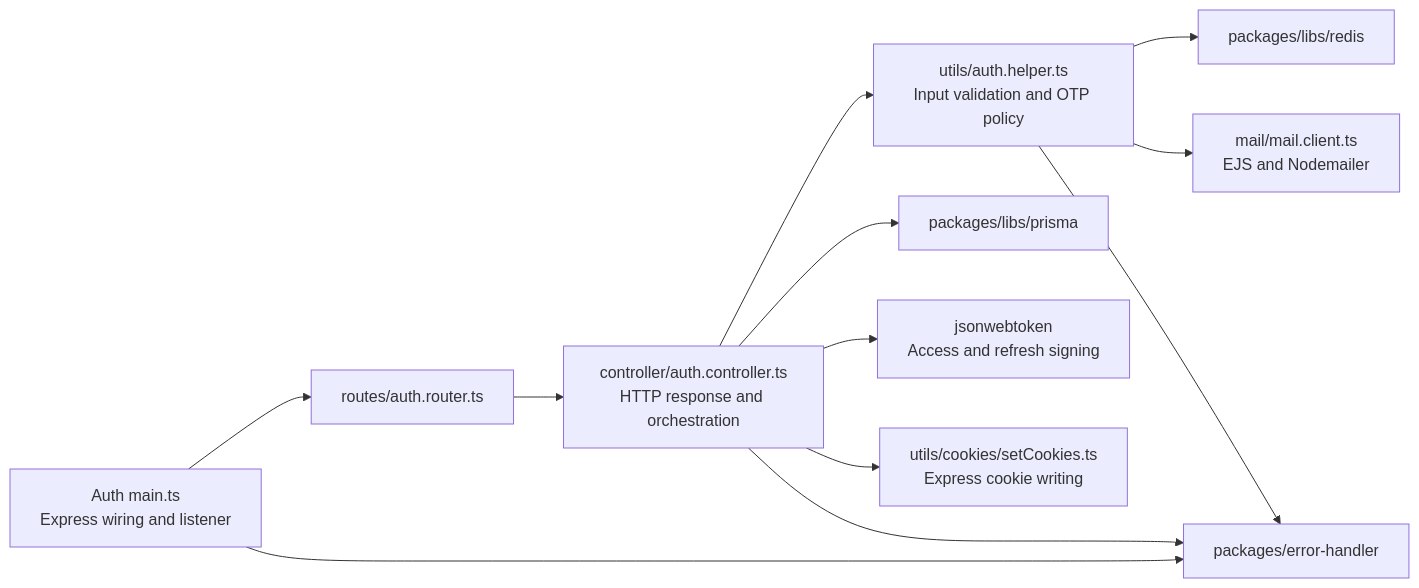
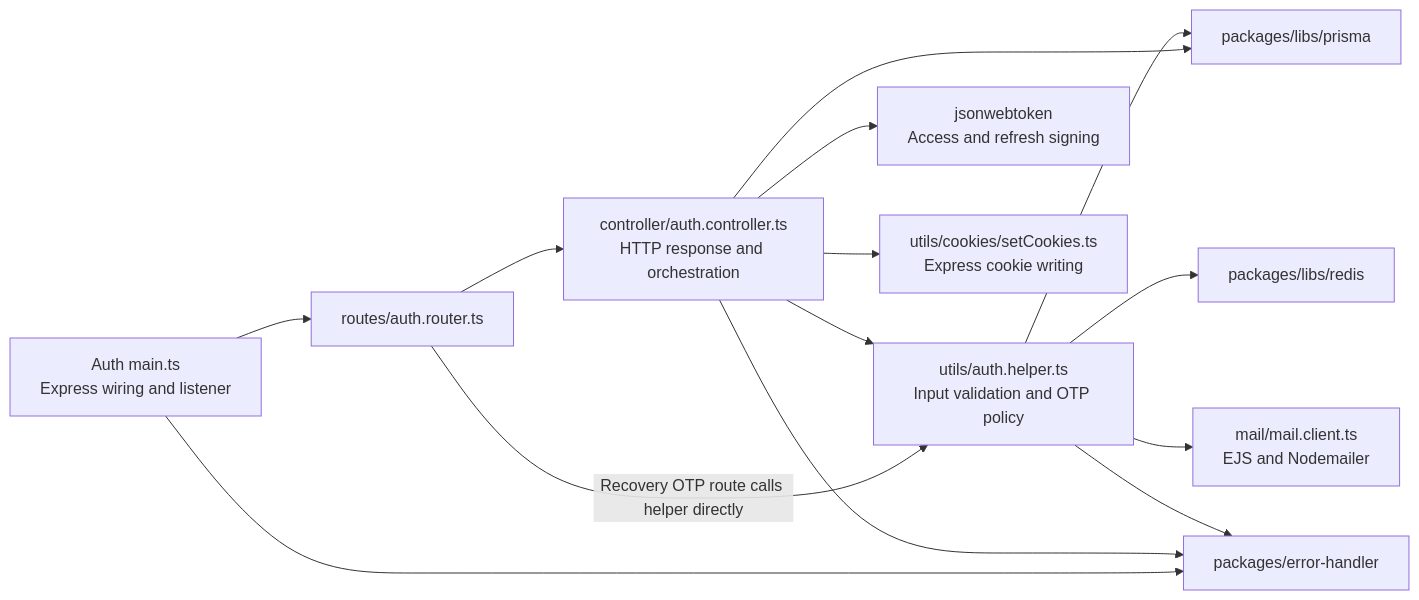
The diagram in docs/architecture/technical-design.md (Kruskal892/Microservice-SaaS-E-commerce), drawn with Mermaid before and after one commit. The commit also changed other lines of this file and 18 other files, not shown here.

````diff
--- a/docs/architecture/technical-design.md
+++ b/docs/architecture/technical-design.md
@@ -10,14 +10,16 @@
 ```mermaid
 flowchart LR
     Main["Auth main.ts<br/>Express wiring and listener"] --> Router["routes/auth.router.ts"]
     Router --> Controller["controller/auth.controller.ts<br/>HTTP response and orchestration"]
+    Router -->|"Recovery OTP route calls helper directly"| Validation
     Controller --> Validation["utils/auth.helper.ts<br/>Input validation and OTP policy"]
     Controller --> Prisma["packages/libs/prisma"]
     Controller --> JWT["jsonwebtoken<br/>Access and refresh signing"]
     Controller --> Cookies["utils/cookies/setCookies.ts<br/>Express cookie writing"]
     Validation --> Redis["packages/libs/redis"]
+    Validation --> Prisma
     Validation --> Mail["mail/mail.client.ts<br/>EJS and Nodemailer"]
     Main --> Errors["packages/error-handler"]
     Controller --> Errors
     Validation --> Errors
 ```
````
